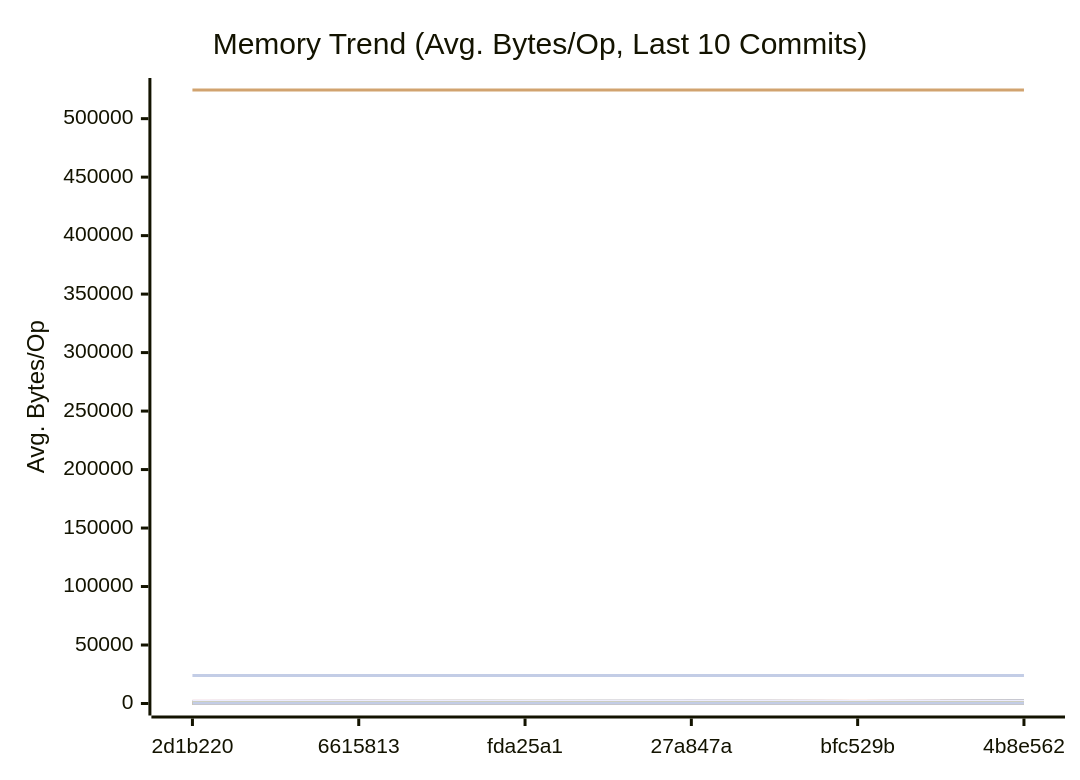
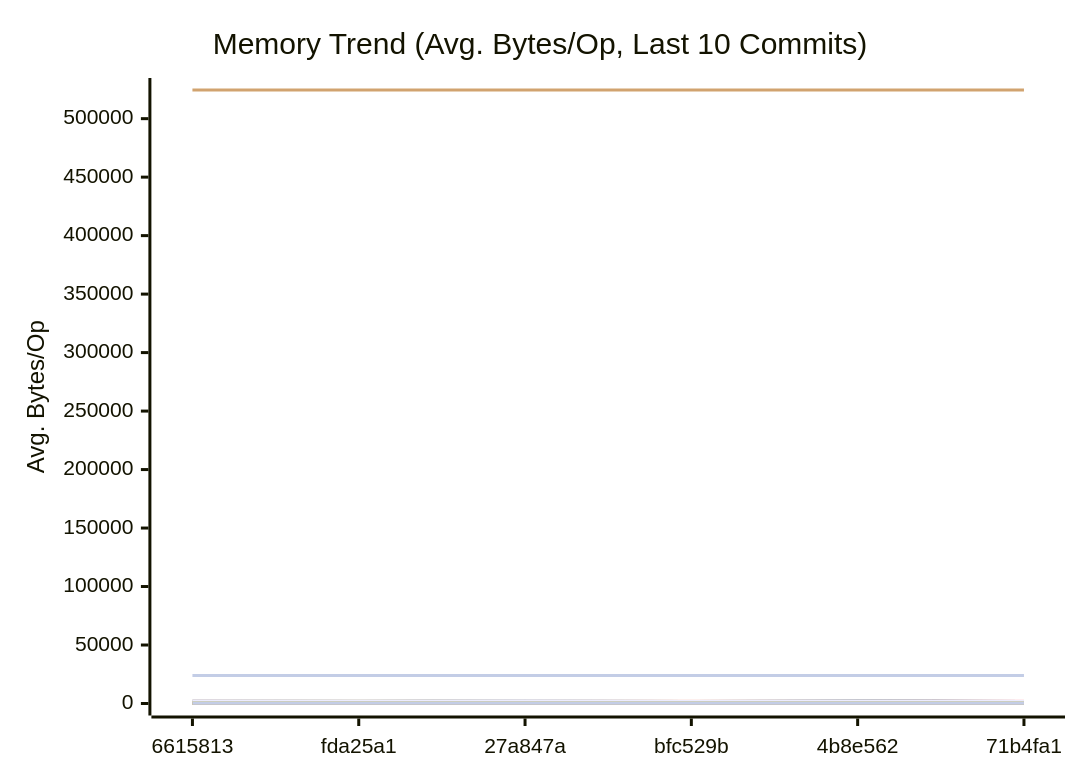
The second of 3 diagrams in docs/PERFORMANCE.md (alsotoes/momo), drawn with Mermaid before and after one commit. The commit also changed other lines of this file and 17 other files, not shown here.

````diff
--- a/docs/PERFORMANCE.md
+++ b/docs/PERFORMANCE.md
@@ -310,44 +310,44 @@
 ```mermaid
 xychart-beta
     title "Memory Trend (Avg. Bytes/Op, Last 10 Commits)"
     x-axis "Commit"
     y-axis "Avg. Bytes/Op"
-    x-axis [2d1b220,6615813,fda25a1,27a847a,bfc529b,4b8e562]
-    line "AWSChunkedReaderSigned" [96,107,130,133,92,114,90,112,123,120]
-    line "AWSChunkedReaderUnsigned" [97,108,145,120,96,115,92,106,128,114]
+    x-axis [6615813,fda25a1,27a847a,bfc529b,4b8e562,71b4fa1]
+    line "AWSChunkedReaderSigned" [107,130,133,92,114,90,112,123,120,108]
+    line "AWSChunkedReaderUnsigned" [108,145,120,96,115,92,106,128,114,131]
     line "CheckMetricsAndSwap" [0,0,0,0,0,0,0,0,0,0]
     line "CrushOptimized" [0,0,0,0,0,0,0,0,0,0]
     line "CrushOriginal" [164,164,164,164,164,164,164,164,164,164]
-    line "FormatListObjectsV2XML_AppendFormat" [524490,524474,524448,524456,524497,524459,524497,524456,524462,524471]
+    line "FormatListObjectsV2XML_AppendFormat" [524474,524448,524456,524497,524459,524497,524456,524462,524471,524446]
     line "FormatListObjectsV2XML_OldFormat" [24000,24000,24000,24000,24000,24000,24000,24000,24000,24000]
-    line "HashBytes/1MiB" [210,232,295,219,262,228,187,211,243,290]
-    line "HashBytes/256MiB" [231,248,336,241,209,197,179,222,256,223]
-    line "HashBytes/64MiB" [265,264,298,224,218,199,187,197,314,223]
-    line "HashFile/1MiB" [209,217,265,268,193,211,183,208,265,220]
-    line "HashFile/256MiB" [191,237,254,213,186,204,182,225,228,267]
-    line "HashFile/64MiB" [192,237,307,208,189,169,196,188,233,279]
+    line "HashBytes/1MiB" [232,295,219,262,228,187,211,243,290,192]
+    line "HashBytes/256MiB" [248,336,241,209,197,179,222,256,223,299]
+    line "HashBytes/64MiB" [264,298,224,218,199,187,197,314,223,223]
+    line "HashFile/1MiB" [217,265,268,193,211,183,208,265,220,288]
+    line "HashFile/256MiB" [237,254,213,186,204,182,225,228,267,242]
+    line "HashFile/64MiB" [237,307,208,189,169,196,188,233,279,243]
     line "IndexDirectTracking" [0,0,0,0,0,0,0,0,0,0]
     line "IndexSearch" [0,0,0,0,0,0,0,0,0,0]
     line "LastModifiedHeader_AppendFormat" [0,0,0,0,0,0,0,0,0,0]
-    line "LastModifiedHeader_Format" [0,0,0,0,0,32,32,32,32,32]
+    line "LastModifiedHeader_Format" [0,0,0,0,32,32,32,32,32,32]
     line "LoadGlobalConfig" [1976,1976,1976,1976,1976,1976,1976,1976,1976,1976]
-    line "LocalWrite/1MiB" [1729,1822,2210,2188,1670,2035,1605,1690,1878,2000]
-    line "LocalWrite/256MiB" [1986,2025,2273,2129,1901,2016,1569,1965,2213,2198]
-    line "LocalWrite/64MiB" [2017,2019,2009,2055,1696,1940,1626,1869,1996,2347]
+    line "LocalWrite/1MiB" [1822,2210,2188,1670,2035,1605,1690,1878,2000,2141]
+    line "LocalWrite/256MiB" [2025,2273,2129,1901,2016,1569,1965,2213,2198,2074]
+    line "LocalWrite/64MiB" [2019,2009,2055,1696,1940,1626,1869,1996,2347,2291]
     line "PadString" [64,64,64,64,64,64,64,64,64,64]
     line "ParseReplicationOrder_NoPrealloc" [408,408,408,408,408,248,248,248,248,248]
     line "ParseReplicationOrder_Prealloc" [240,240,240,240,240,80,80,80,80,80]
     line "Placement" [352,352,352,352,352,352,352,352,352,352]
     line "PlacementDomainSpread" [352,352,352,352,352,352,352,352,352,352]
-    line "ReadVerify/1MiB" [216,218,270,281,180,264,197,219,269,310]
-    line "ReadVerify/256MiB" [222,249,254,263,189,215,198,201,243,229]
-    line "ReadVerify/64MiB" [222,318,274,236,196,211,199,193,258,279]
-    line "S3PutSpool/1MiB" [187,211,176,177,159,188,171,198,188,188]
-    line "S3PutSpool/256MiB" [154,231,193,232,187,250,173,207,211,206]
-    line "S3PutSpool/64MiB" [171,236,182,189,172,246,185,193,227,211]
+    line "ReadVerify/1MiB" [218,270,281,180,264,197,219,269,310,206]
+    line "ReadVerify/256MiB" [249,254,263,189,215,198,201,243,229,259]
+    line "ReadVerify/64MiB" [318,274,236,196,211,199,193,258,279,238]
+    line "S3PutSpool/1MiB" [211,176,177,159,188,171,198,188,188,261]
+    line "S3PutSpool/256MiB" [231,193,232,187,250,173,207,211,206,216]
+    line "S3PutSpool/64MiB" [236,182,189,172,246,185,193,227,211,189]
     line "SanitizeLog/Safe" [0,0,0,0,0,0,0,0,0,0]
     line "SanitizeLog/Unsafe" [704,704,704,704,704,704,704,704,704,704]
-    line "TrustedRead/1MiB" [183,238,219,242,197,199,189,186,225,283]
-    line "TrustedRead/256MiB" [199,249,188,196,208,241,183,260,229,250]
-    line "TrustedRead/64MiB" [192,222,185,257,219,231,178,227,239,258]
+    line "TrustedRead/1MiB" [238,219,242,197,199,189,186,225,283,294]
+    line "TrustedRead/256MiB" [249,188,196,208,241,183,260,229,250,288]
+    line "TrustedRead/64MiB" [222,185,257,219,231,178,227,239,258,271]
 ```
````
